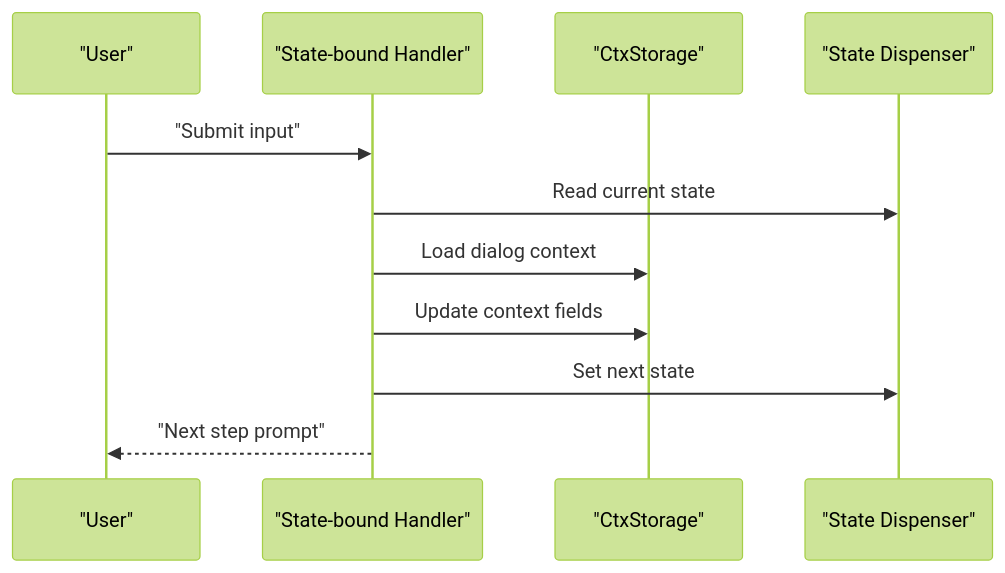
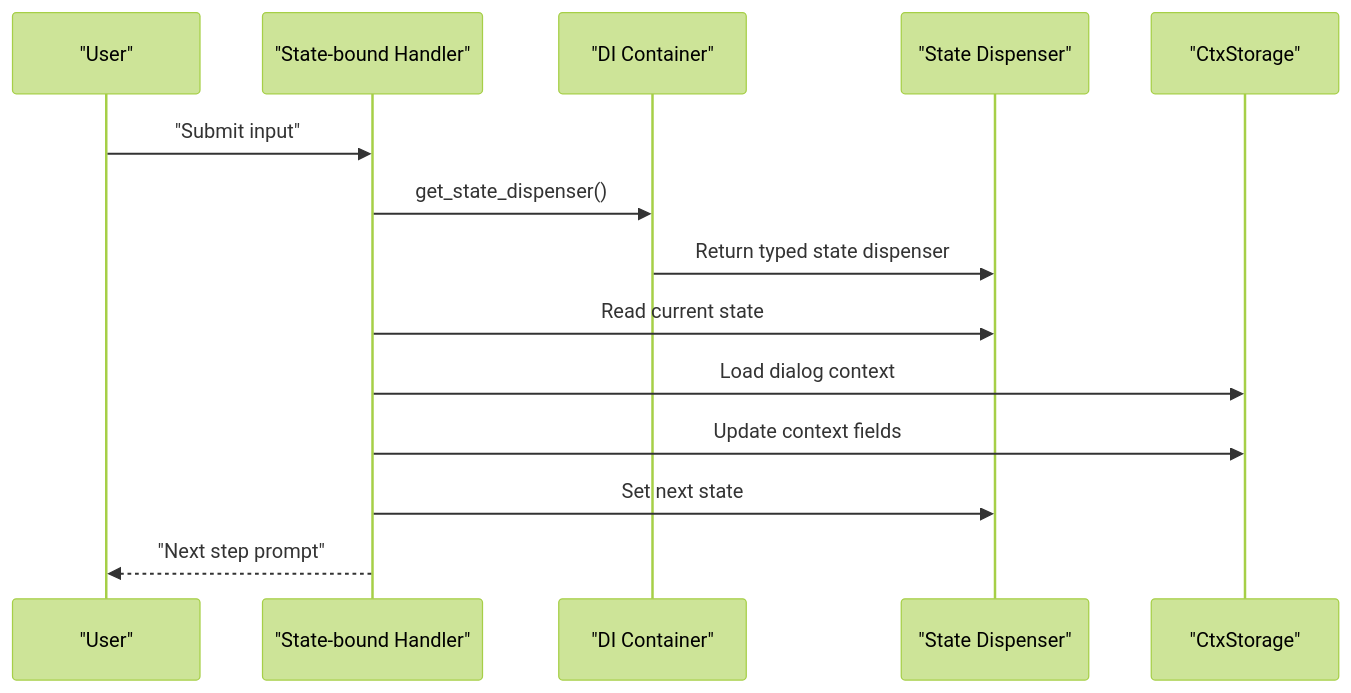
The sixth of 10 diagrams in .qoder/repowiki/en/content/State Management.md (ognelis/cafetera_hr_bot), drawn with Mermaid (forest theme) before and after one commit. The commit also changed other lines of this file and 14 other files, not shown here.

````diff
--- a/.qoder/repowiki/en/content/State Management.md
+++ b/.qoder/repowiki/en/content/State Management.md
@@ -215,13 +245,16 @@
 ```mermaid
 sequenceDiagram
 participant User as "User"
 participant Handler as "State-bound Handler"
+participant DI as "DI Container"
+participant Dispenser as "State Dispenser"
 participant Ctx as "CtxStorage"
-participant Dispenser as "State Dispenser"
 User->>Handler : "Submit input"
+Handler->>DI : get_state_dispenser()
+DI->>Dispenser : Return typed state dispenser
 Handler->>Dispenser : Read current state
 Handler->>Ctx : Load dialog context
 Handler->>Ctx : Update context fields
 Handler->>Dispenser : Set next state
 Handler-->>User : "Next step prompt"
 ```
````
